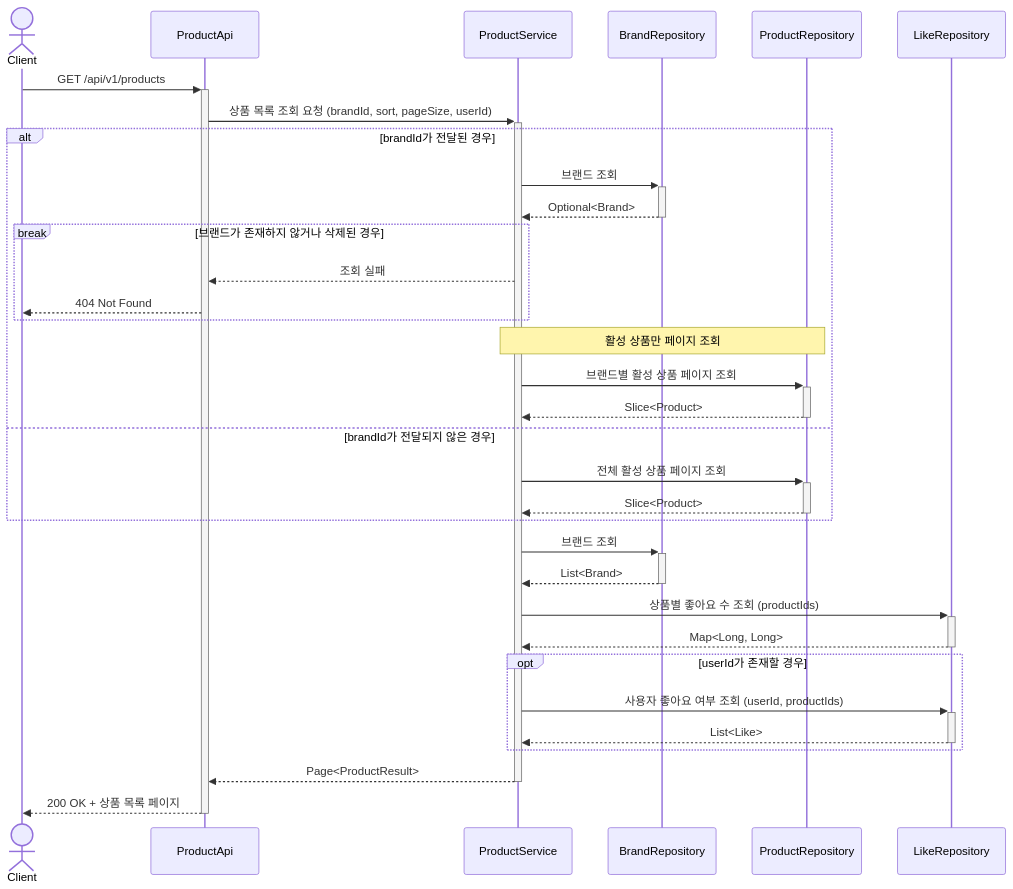
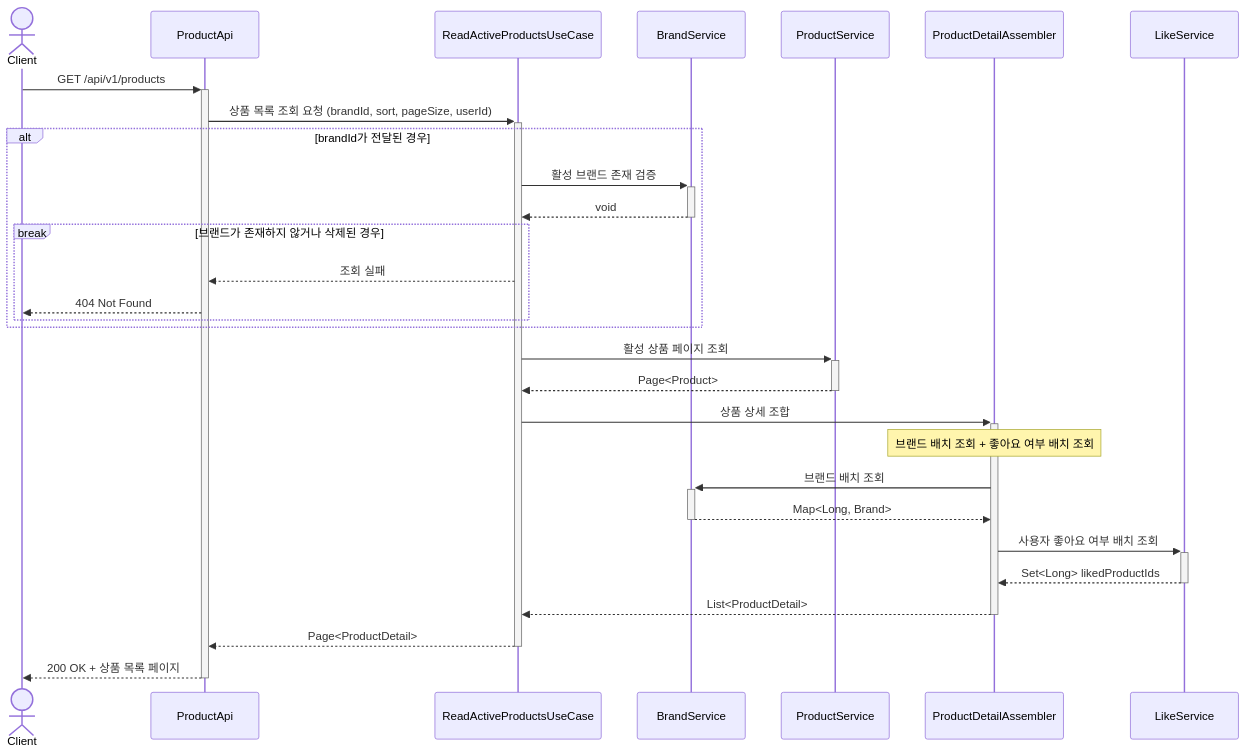
Before and after one commit to Loopers-dev-lab/loop-pack-be-l2-vol3-java: diagram 14 of 23 in .docs/design/02-sequence-diagrams.md, drawn with Mermaid. The commit also changed other lines of this file and 88 other files, not shown here.

````diff
--- a/.docs/design/02-sequence-diagrams.md
+++ b/.docs/design/02-sequence-diagrams.md
@@ -452,43 +496,37 @@
 ```mermaid
 sequenceDiagram
     actor Client
     participant ProductApi
+    participant ReadActiveProductsUseCase
+    participant BrandService
     participant ProductService
-    participant BrandRepository
-    participant ProductRepository
-    participant LikeRepository
+    participant ProductDetailAssembler
+    participant LikeService
 
     Client ->>+ ProductApi: GET /api/v1/products
-    ProductApi ->>+ ProductService: 상품 목록 조회 요청 (brandId, sort, pageSize, userId)
+    ProductApi ->>+ ReadActiveProductsUseCase: 상품 목록 조회 요청 (brandId, sort, pageSize, userId)
 
     alt brandId가 전달된 경우
-        ProductService ->>+ BrandRepository: 브랜드 조회
-        BrandRepository -->>- ProductService: Optional<Brand>
+        ReadActiveProductsUseCase ->>+ BrandService: 활성 브랜드 존재 검증
+        BrandService -->>- ReadActiveProductsUseCase: void
 
         break 브랜드가 존재하지 않거나 삭제된 경우
-            ProductService -->> ProductApi: 조회 실패
+            ReadActiveProductsUseCase -->> ProductApi: 조회 실패
             ProductApi -->> Client: 404 Not Found
         end
-
-        Note over ProductService, ProductRepository: 활성 상품만 페이지 조회
-        ProductService ->>+ ProductRepository: 브랜드별 활성 상품 페이지 조회
-        ProductRepository -->>- ProductService: Slice<Product>
-    else brandId가 전달되지 않은 경우
-        ProductService ->>+ ProductRepository: 전체 활성 상품 페이지 조회
-        ProductRepository -->>- ProductService: Slice<Product>
     end
 
-    ProductService ->>+ BrandRepository: 브랜드 조회
-    BrandRepository -->>- ProductService: List<Brand>
+    ReadActiveProductsUseCase ->>+ ProductService: 활성 상품 페이지 조회
+    ProductService -->>- ReadActiveProductsUseCase: Page<Product>
 
-    ProductService ->>+ LikeRepository: 상품별 좋아요 수 조회 (productIds)
-    LikeRepository -->>- ProductService: Map<Long, Long>
+    ReadActiveProductsUseCase ->>+ ProductDetailAssembler: 상품 상세 조합
+    Note over ProductDetailAssembler: 브랜드 배치 조회 + 좋아요 여부 배치 조회
+    ProductDetailAssembler ->>+ BrandService: 브랜드 배치 조회
+    BrandService -->>- ProductDetailAssembler: Map<Long, Brand>
+    ProductDetailAssembler ->>+ LikeService: 사용자 좋아요 여부 배치 조회
+    LikeService -->>- ProductDetailAssembler: Set<Long> likedProductIds
+    ProductDetailAssembler -->>- ReadActiveProductsUseCase: List<ProductDetail>
 
-    opt userId가 존재할 경우
-        ProductService ->>+ LikeRepository: 사용자 좋아요 여부 조회 (userId, productIds)
-        LikeRepository -->>- ProductService: List<Like>
-    end
-
-    ProductService -->>- ProductApi: Page<ProductResult>
+    ReadActiveProductsUseCase -->>- ProductApi: Page<ProductDetail>
     ProductApi -->>- Client: 200 OK + 상품 목록 페이지
 ```
````
